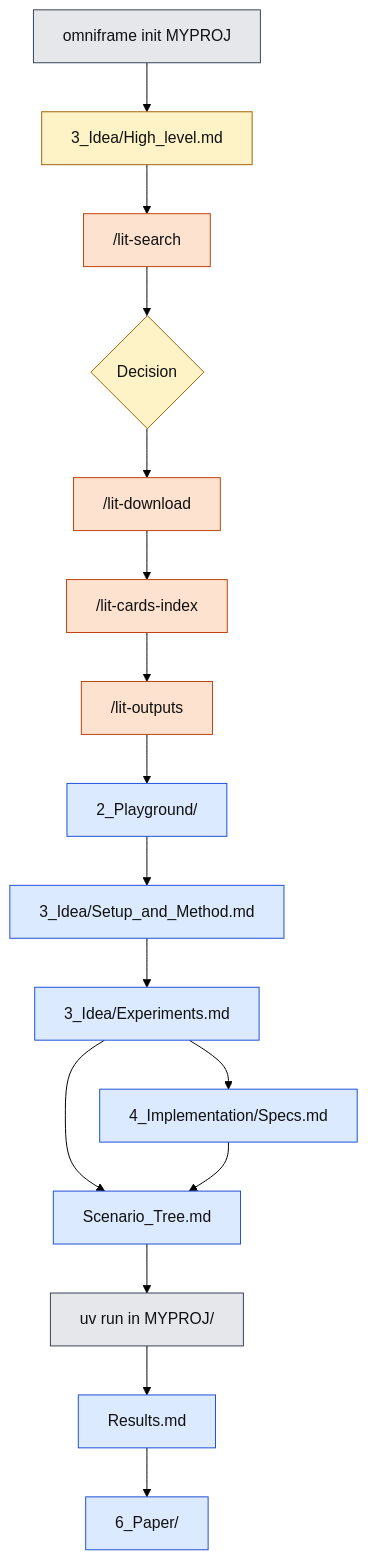
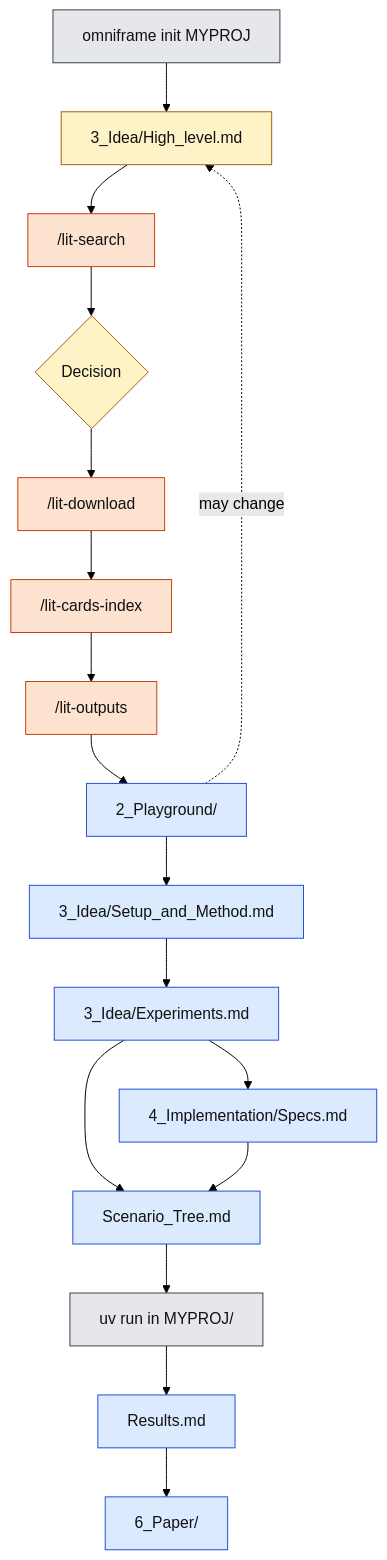
Before and after one commit to LeonardoSani/OmniFrame: the first of 3 diagrams in GUIDE.md, drawn with Mermaid (forest theme). The commit also changed other lines of this file and 17 other files, not shown here.

Commit message:
Playground files renamed *_pg; rules slimmed: side-by-side said once, no restated rules, /lit-search keeps only what the scripts need; GUIDE commands, tokens and diagrams cover the playground

````diff
--- a/GUIDE.md
+++ b/GUIDE.md
@@ -25,29 +25,30 @@
 ```mermaid
 flowchart TD
   classDef shell fill:#e5e7eb,stroke:#374151,color:#111
   classDef claude fill:#fde2cf,stroke:#c2410c,color:#111
   classDef chat fill:#dbeafe,stroke:#1d4ed8,color:#111
   classDef you fill:#fef3c7,stroke:#a16207,color:#111
 
   init["omniframe init MYPROJ"]:::shell
   hl["3_Idea/High_level.md"]:::you
   se["/lit-search"]:::claude
   dec{"Decision"}:::you
   dl["/lit-download"]:::claude
   ca["/lit-cards-index"]:::claude
   ou["/lit-outputs"]:::claude
   pg["2_Playground/"]:::chat
   me["3_Idea/Setup_and_Method.md"]:::chat
   ex["3_Idea/Experiments.md"]:::chat
   spec["4_Implementation/Specs.md"]:::chat
   tree["Scenario_Tree.md"]:::chat
   run["uv run in MYPROJ/"]:::shell
   res["Results.md"]:::chat
   paper["6_Paper/"]:::chat
 
   init --> hl --> se --> dec --> dl --> ca --> ou --> pg --> me --> ex
   ex --> spec
+  pg -.->|"may change"| hl
   ex --> tree
   spec --> tree
   tree --> run --> res --> paper
 ```
````
